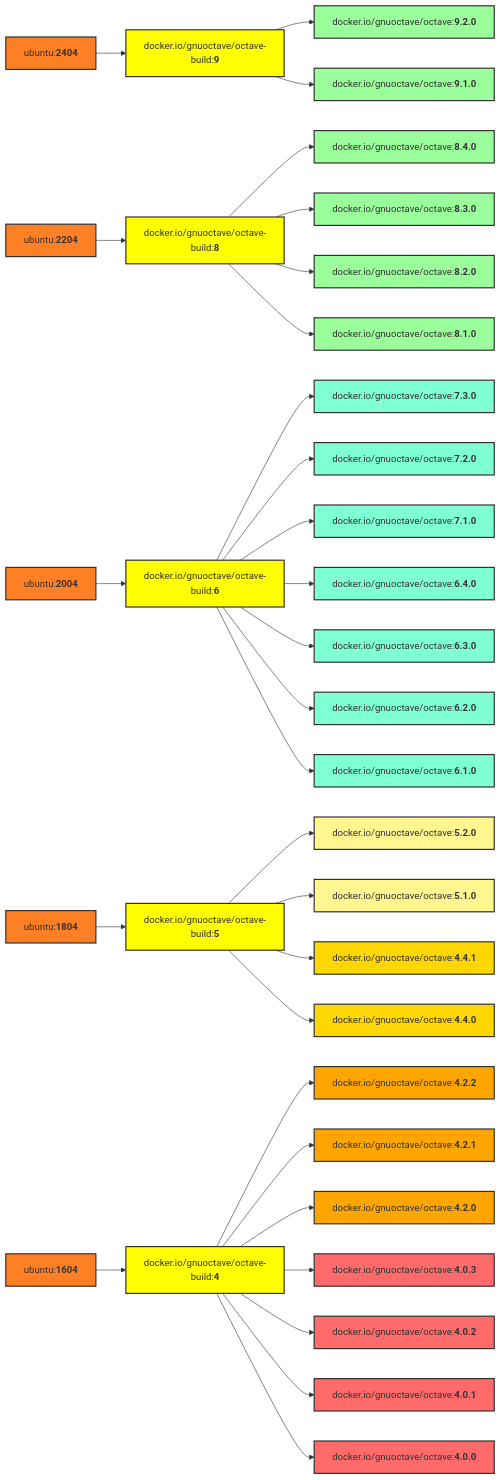
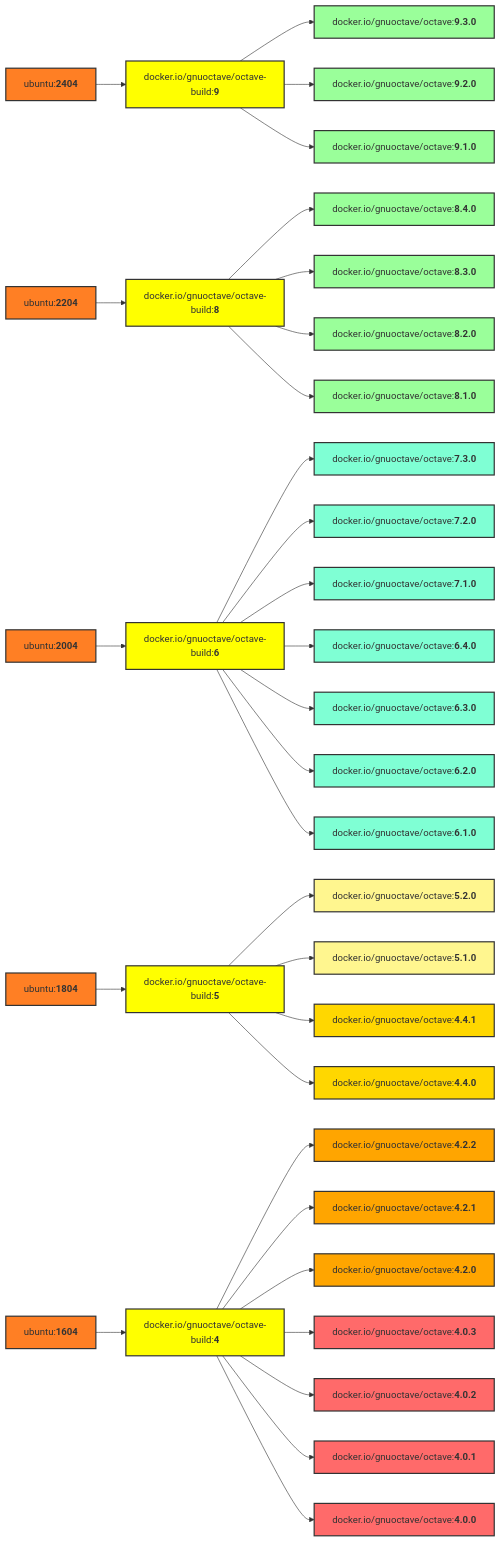
The diagram in README.md (gnu-octave/docker), drawn with Mermaid before and after one commit. The commit also changed other lines of this file and 2 other files, not shown here.

Commit message:
GNU Octave 9.3.0 release (2024-12-12)

````diff
--- a/README.md
+++ b/README.md
@@ -93,74 +93,76 @@
 ```mermaid
 graph LR
     U5[ubuntu:<b>2404</b>] --> b9[docker.io/gnuoctave/octave-build:<b>9</b>];
     U4[ubuntu:<b>2204</b>] --> b8[docker.io/gnuoctave/octave-build:<b>8</b>];
     U3[ubuntu:<b>2004</b>] --> b6[docker.io/gnuoctave/octave-build:<b>6</b>];
     U2[ubuntu:<b>1804</b>] --> b5[docker.io/gnuoctave/octave-build:<b>5</b>];
     U1[ubuntu:<b>1604</b>] --> b4[docker.io/gnuoctave/octave-build:<b>4</b>];
+    b9 --> v930[docker.io/gnuoctave/octave:<b>9.3.0</b>];
     b9 --> v920[docker.io/gnuoctave/octave:<b>9.2.0</b>];
     b9 --> v910[docker.io/gnuoctave/octave:<b>9.1.0</b>];
     b8 --> v840[docker.io/gnuoctave/octave:<b>8.4.0</b>];
     b8 --> v830[docker.io/gnuoctave/octave:<b>8.3.0</b>];
     b8 --> v820[docker.io/gnuoctave/octave:<b>8.2.0</b>];
     b8 --> v810[docker.io/gnuoctave/octave:<b>8.1.0</b>];
     b6 --> v730[docker.io/gnuoctave/octave:<b>7.3.0</b>];
     b6 --> v720[docker.io/gnuoctave/octave:<b>7.2.0</b>];
     b6 --> v710[docker.io/gnuoctave/octave:<b>7.1.0</b>];
     b6 --> v640[docker.io/gnuoctave/octave:<b>6.4.0</b>];
     b6 --> v630[docker.io/gnuoctave/octave:<b>6.3.0</b>];
     b6 --> v620[docker.io/gnuoctave/octave:<b>6.2.0</b>];
     b6 --> v610[docker.io/gnuoctave/octave:<b>6.1.0</b>];
     b5 --> v520[docker.io/gnuoctave/octave:<b>5.2.0</b>];
     b5 --> v510[docker.io/gnuoctave/octave:<b>5.1.0</b>];
     b5 --> v441[docker.io/gnuoctave/octave:<b>4.4.1</b>];
     b5 --> v440[docker.io/gnuoctave/octave:<b>4.4.0</b>];
     b4 --> v422[docker.io/gnuoctave/octave:<b>4.2.2</b>];
     b4 --> v421[docker.io/gnuoctave/octave:<b>4.2.1</b>];
     b4 --> v420[docker.io/gnuoctave/octave:<b>4.2.0</b>];
     b4 --> v403[docker.io/gnuoctave/octave:<b>4.0.3</b>];
     b4 --> v402[docker.io/gnuoctave/octave:<b>4.0.2</b>];
     b4 --> v401[docker.io/gnuoctave/octave:<b>4.0.1</b>];
     b4 --> v400[docker.io/gnuoctave/octave:<b>4.0.0</b>];
     classDef U fill:#ff7f24,stroke:#333,stroke-width:2px;
     class U1 U;
     class U2 U;
     class U3 U;
     class U4 U;
     class U5 U;
     classDef b fill:#ff0,stroke:#333,stroke-width:2px;
     class b4 b;
     class b5 b;
     class b6 b;
     class b8 b;
     class b9 b;
     classDef age1 fill:#9aff9a,stroke:#333,stroke-width:2px;
     classDef age2 fill:#7fffd4,stroke:#333,stroke-width:2px;
     classDef age3 fill:#fff68f,stroke:#333,stroke-width:2px;
     classDef age4 fill:#ffd700,stroke:#333,stroke-width:2px;
     classDef age5 fill:#ffa500,stroke:#333,stroke-width:2px;
     classDef age6 fill:#ff6a6a,stroke:#333,stroke-width:2px;
+    class v930 age1;
     class v920 age1;
     class v910 age1;
     class v840 age1;
     class v830 age1;
     class v820 age1;
     class v810 age1;
     class v730 age2;
     class v720 age2;
     class v710 age2;
     class v640 age2;
     class v630 age2;
     class v620 age2;
     class v610 age2;
     class v520 age3;
     class v510 age3;
     class v441 age4;
     class v440 age4;
     class v422 age5;
     class v421 age5;
     class v420 age5;
     class v403 age6;
     class v402 age6;
     class v401 age6;
     class v400 age6;
 ```
````
